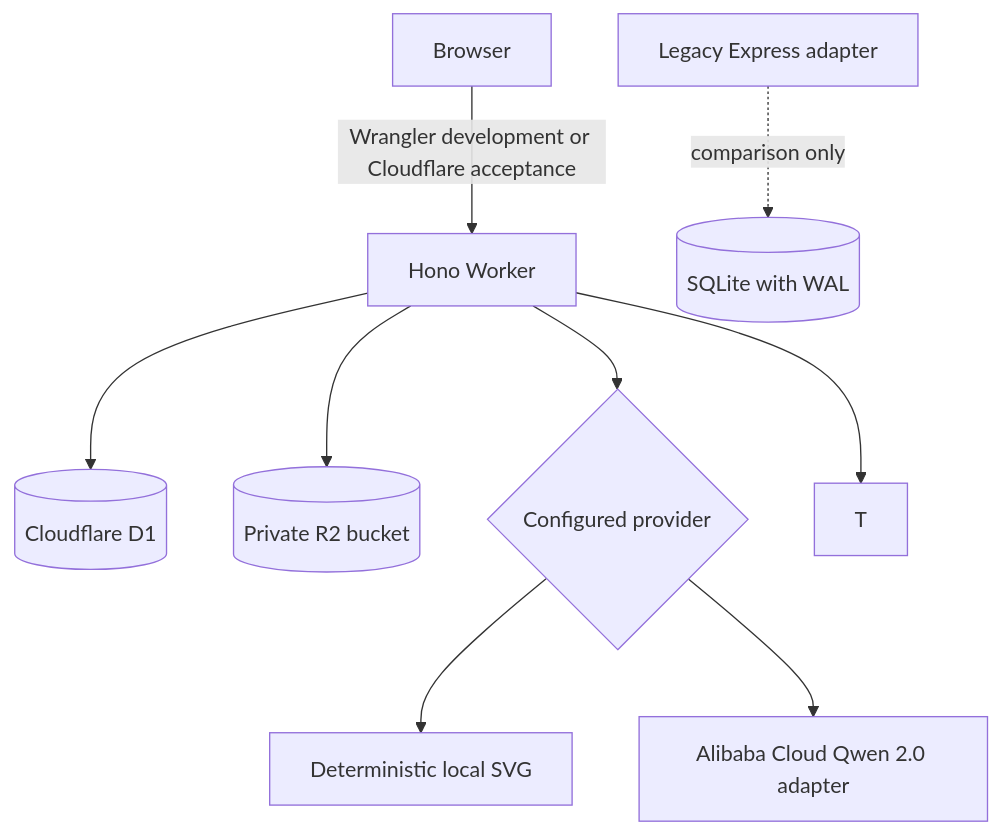
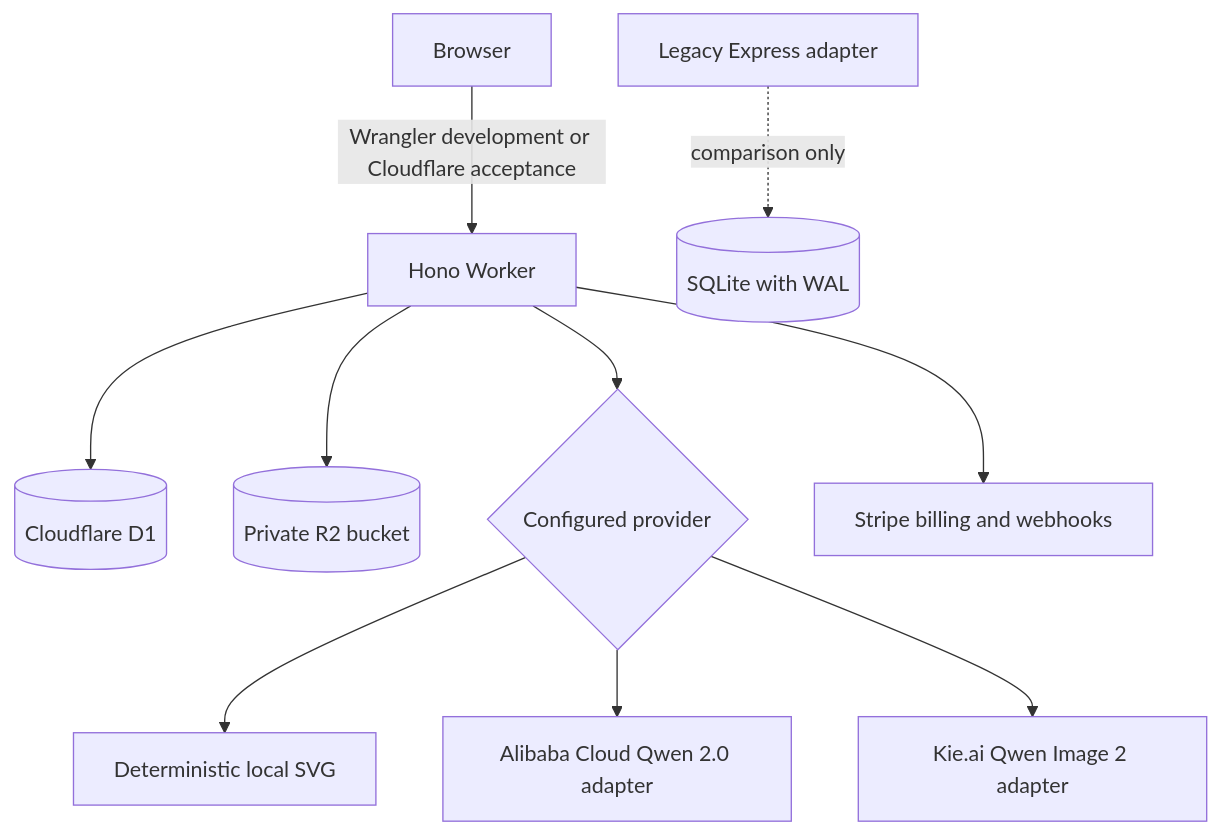
The first of 2 diagrams in docs/ARCHITECTURE.md (Tnsea/qwenimage3), drawn with Mermaid before and after one commit. The commit also changed other lines of this file and 25 other files, not shown here.

````diff
--- a/docs/ARCHITECTURE.md
+++ b/docs/ARCHITECTURE.md
@@ -9,11 +9,12 @@
 ```mermaid
 flowchart TD
   B[Browser] -->|Wrangler development or Cloudflare acceptance| W[Hono Worker]
   W --> D[(Cloudflare D1)]
   W --> R[(Private R2 bucket)]
   W --> P{Configured provider}
   P --> L[Deterministic local SVG]
   P --> Q[Alibaba Cloud Qwen 2.0 adapter]
-  W --> T
+  P --> K[Kie.ai Qwen Image 2 adapter]
+  W --> T[Stripe billing and webhooks]
   E[Legacy Express adapter] -. comparison only .-> S[(SQLite with WAL)]
 ```
````
